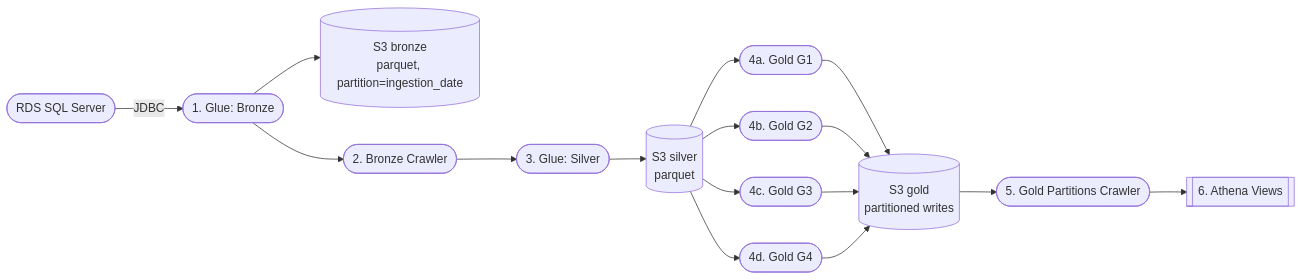
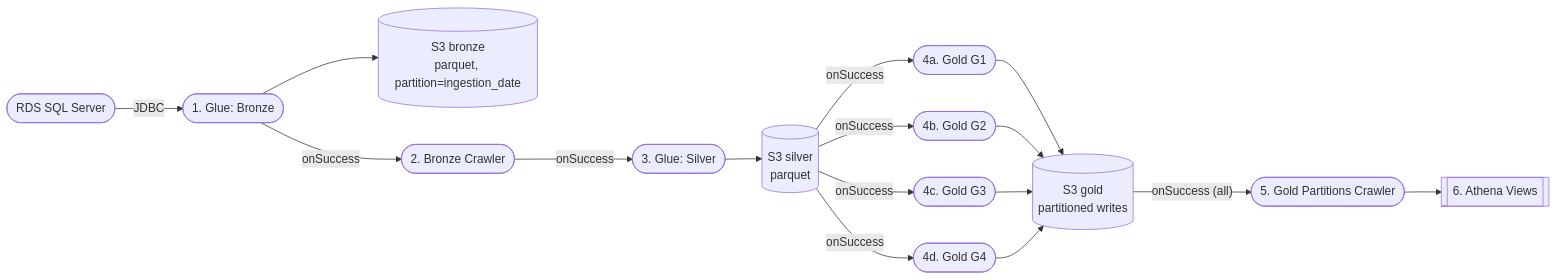
Before and after one commit to kindlerl/biz_insights: the diagram in README.md, drawn with Mermaid.

Commit message:
Updated mermaid diagram in README

````diff
--- a/README.md
+++ b/README.md
@@ -20,18 +20,18 @@
 ```mermaid
 flowchart LR
   A([RDS SQL Server]) -->|JDBC| B([1. Glue: Bronze])
   B --> SB[(S3 bronze<br>parquet, partition=ingestion_date)]
-  B --> C([2. Bronze Crawler])
-  C --> D([3. Glue: Silver])
+  B -- onSuccess --> C([2. Bronze Crawler])
+  C -- onSuccess --> D([3. Glue: Silver])
   D --> SS[(S3 silver<br>parquet)]
-  SS --> G1([4a. Gold G1])
-  SS --> G2([4b. Gold G2])
-  SS --> G3([4c. Gold G3])
-  SS --> G4([4d. Gold G4])
+  SS -- onSuccess --> G1([4a. Gold G1])
+  SS -- onSuccess --> G2([4b. Gold G2])
+  SS -- onSuccess --> G3([4c. Gold G3])
+  SS -- onSuccess --> G4([4d. Gold G4])
   G1 --> SG[(S3 gold<br>partitioned writes)]
   G2 --> SG
   G3 --> SG
   G4 --> SG
-  SG --> C2([5. Gold Partitions Crawler])
-  C2 --> ATH[[6. Athena Views]]
- ```
+  SG -- onSuccess (all) --> C2([5. Gold Partitions Crawler])
+  C2 --> ATH[[6. Athena Views]] 
+  ```
````
